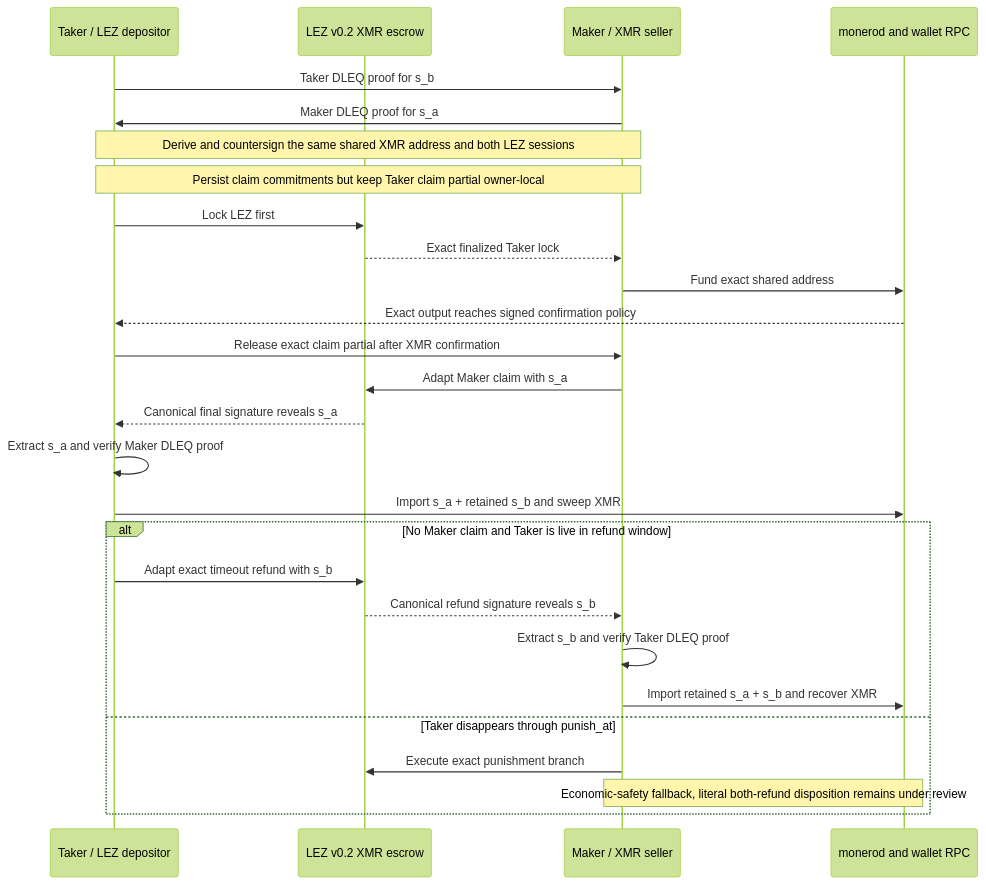
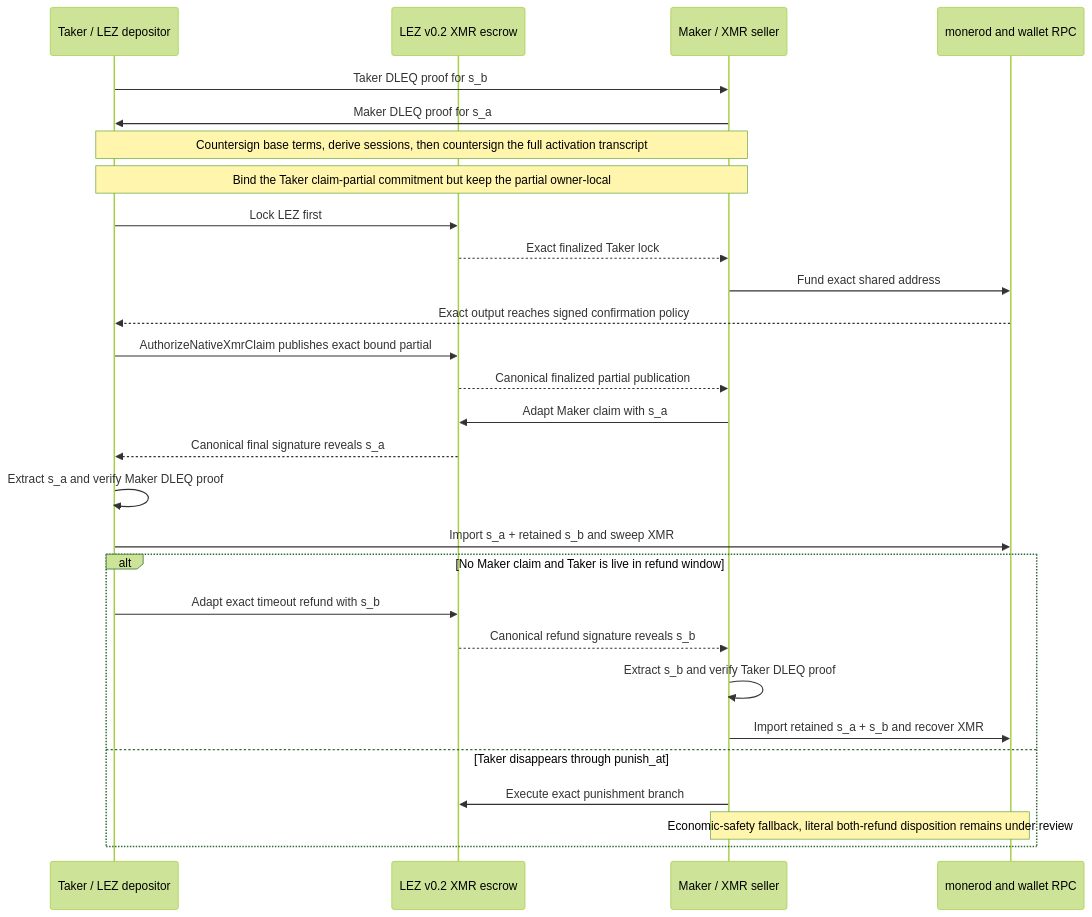
One commit to gateway-fm/lez-atomic-swaps changed the second of 2 diagrams in docs/architecture/0055-preserve-xmr-atomicity-with-dual-reveal-branches.md. Above: the diagram before and after it, drawn with Mermaid (forest theme). The commit also changed other lines of this file and 6 other files, not shown here.

Commit message:
feat(m4): publish XMR claim authorization on LEZ

````diff
--- a/docs/architecture/0055-preserve-xmr-atomicity-with-dual-reveal-branches.md
+++ b/docs/architecture/0055-preserve-xmr-atomicity-with-dual-reveal-branches.md
@@ -74,31 +77,32 @@
 ```mermaid
 sequenceDiagram
     participant Taker as Taker / LEZ depositor
     participant Lez as LEZ v0.2 XMR escrow
     participant Maker as Maker / XMR seller
     participant Monero as monerod and wallet RPC
 
     Taker->>Maker: Taker DLEQ proof for s_b
     Maker->>Taker: Maker DLEQ proof for s_a
-    Note over Taker,Maker: Derive and countersign the same shared XMR address and both LEZ sessions
-    Note over Taker,Maker: Persist claim commitments but keep Taker claim partial owner-local
+    Note over Taker,Maker: Countersign base terms, derive sessions, then countersign the full activation transcript
+    Note over Taker,Maker: Bind the Taker claim-partial commitment but keep the partial owner-local
     Taker->>Lez: Lock LEZ first
     Lez-->>Maker: Exact finalized Taker lock
     Maker->>Monero: Fund exact shared address
     Monero-->>Taker: Exact output reaches signed confirmation policy
-    Taker->>Maker: Release exact claim partial after XMR confirmation
+    Taker->>Lez: AuthorizeNativeXmrClaim publishes exact bound partial
+    Lez-->>Maker: Canonical finalized partial publication
     Maker->>Lez: Adapt Maker claim with s_a
     Lez-->>Taker: Canonical final signature reveals s_a
     Taker->>Taker: Extract s_a and verify Maker DLEQ proof
     Taker->>Monero: Import s_a + retained s_b and sweep XMR
 
     alt No Maker claim and Taker is live in refund window
         Taker->>Lez: Adapt exact timeout refund with s_b
         Lez-->>Maker: Canonical refund signature reveals s_b
         Maker->>Maker: Extract s_b and verify Taker DLEQ proof
         Maker->>Monero: Import retained s_a + s_b and recover XMR
     else Taker disappears through punish_at
         Maker->>Lez: Execute exact punishment branch
         Note over Maker,Monero: Economic-safety fallback, literal both-refund disposition remains under review
     end
 ```
````
